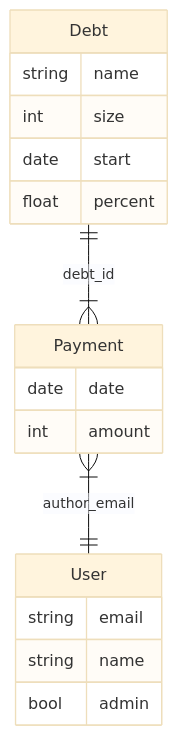
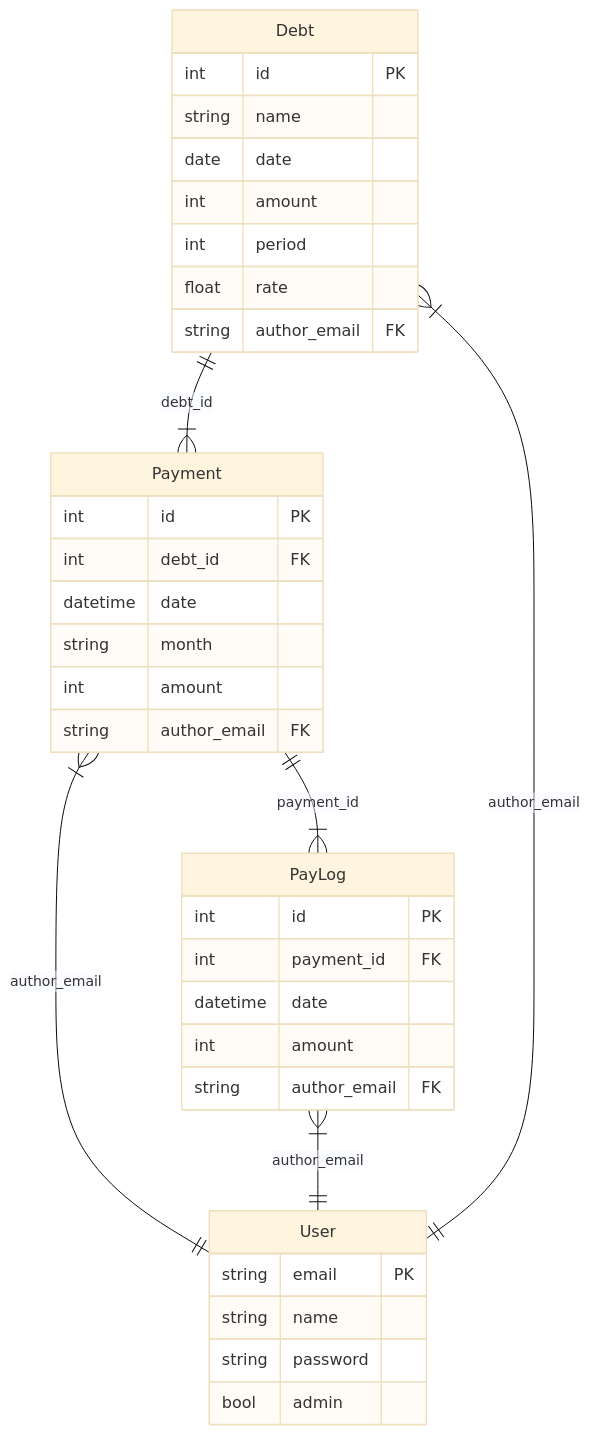
Before and after one commit to zaidim80/debt-calc: the diagram in README.md, drawn with Mermaid (base theme).

Commit message:
обновление схемы данных readme

````diff
--- a/README.md
+++ b/README.md
@@ -15,20 +15,42 @@
 ```mermaid
 erDiagram
     Debt ||--|{ Payment : debt_id
+    Payment ||--|{ PayLog : payment_id
     Payment }|--|| User : author_email
+    PayLog }|--|| User : author_email
+    Debt }|--|| User : author_email
+
     Debt {
+        int id PK
         string name
-        int size
-        date start
-        float percent
+        date date
+        int amount
+        int period
+        float rate
+        string author_email FK
     }
+
     User {
-        string email
+        string email PK
         string name
+        string password
         bool admin
     }
+
     Payment {
-        date date
+        int id PK
+        int debt_id FK
+        datetime date
+        string month
         int amount
+        string author_email FK
+    }
+
+    PayLog {
+        int id PK
+        int payment_id FK
+        datetime date
+        int amount
+        string author_email FK
     }
 ```
````
